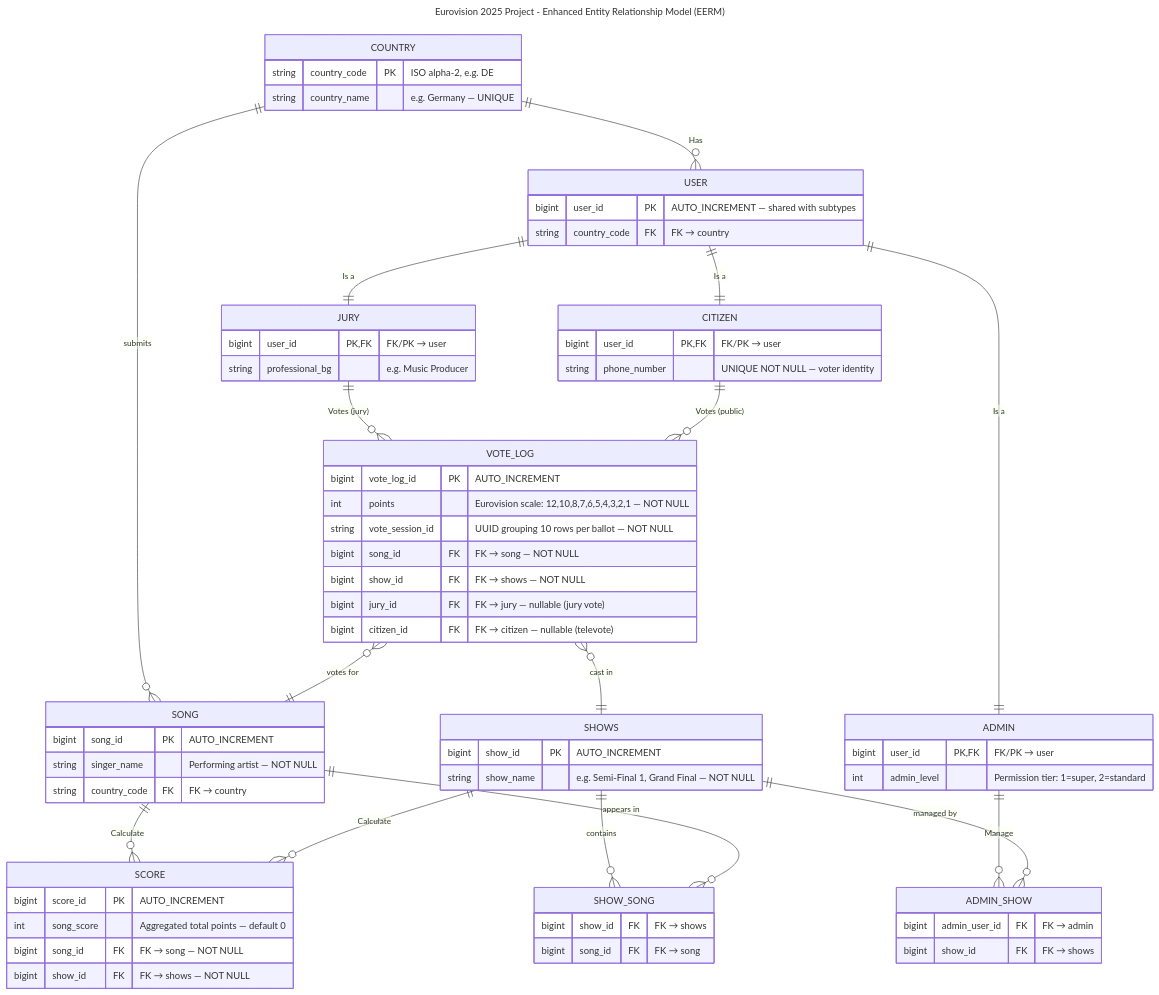
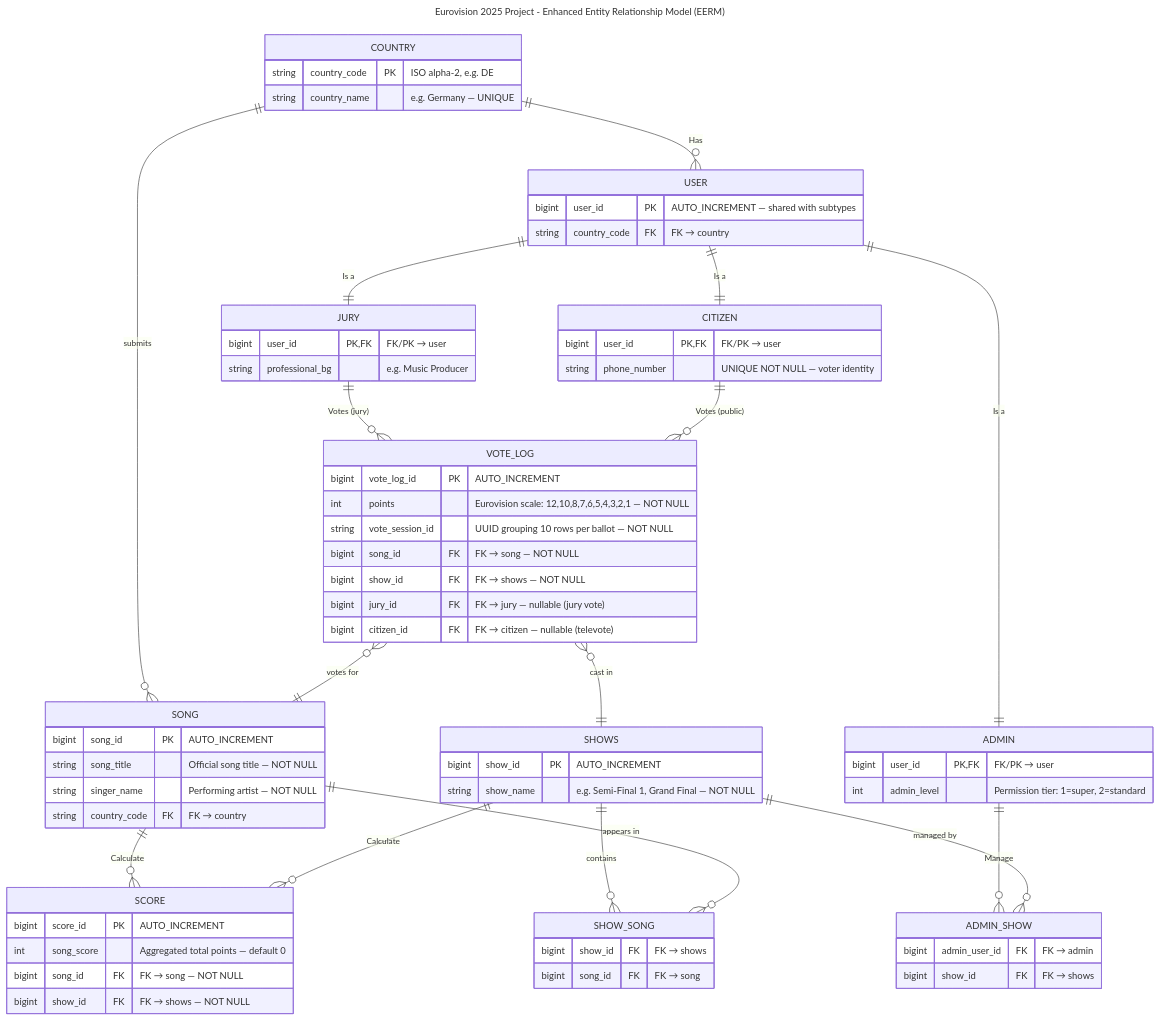
The diagram in docs/EERM.mermaid (bermar24/Databases_Eurovision_project), drawn with Mermaid before and after one commit. The commit also changed 17 other files, not shown here.

```diff
--- a/docs/EERM.mermaid
+++ b/docs/EERM.mermaid
@@ -1,124 +1,125 @@
 ---
 title: Eurovision 2025 Project - Enhanced Entity Relationship Model (EERM)
 ---
 erDiagram
 
 %% ─────────────────────────────────────────────
 %% ENTITIES
 %% ─────────────────────────────────────────────
 
     COUNTRY {
         string country_code PK "ISO alpha-2, e.g. DE"
         string country_name    "e.g. Germany — UNIQUE"
     }
 
     USER {
         bigint user_id   PK  "AUTO_INCREMENT — shared with subtypes"
         string country_code FK "FK → country"
     }
 
     JURY {
         bigint user_id       PK, FK "FK/PK → user"
         string professional_bg     "e.g. Music Producer"
     }
 
     CITIZEN {
         bigint user_id      PK, FK "FK/PK → user"
         string phone_number       "UNIQUE NOT NULL — voter identity"
     }
 
     ADMIN {
         bigint user_id    PK, FK "FK/PK → user"
         int    admin_level       "Permission tier: 1=super, 2=standard"
     }
 
     SONG {
         bigint song_id      PK  "AUTO_INCREMENT"
+        string song_title       "Official song title — NOT NULL"
         string singer_name      "Performing artist — NOT NULL"
         string country_code  FK "FK → country"
     }
 
     VOTE_LOG {
         bigint vote_log_id    PK  "AUTO_INCREMENT"
         int    points             "Eurovision scale: 12,10,8,7,6,5,4,3,2,1 — NOT NULL"
         string vote_session_id    "UUID grouping 10 rows per ballot — NOT NULL"
         bigint song_id         FK "FK → song — NOT NULL"
         bigint show_id         FK "FK → shows — NOT NULL"
         bigint jury_id         FK "FK → jury — nullable (jury vote)"
         bigint citizen_id      FK "FK → citizen — nullable (televote)"
     }
 
     SCORE {
         bigint score_id   PK  "AUTO_INCREMENT"
         int    song_score      "Aggregated total points — default 0"
         bigint song_id     FK "FK → song — NOT NULL"
         bigint show_id     FK "FK → shows — NOT NULL"
     }
 
     SHOWS {
         bigint show_id   PK "AUTO_INCREMENT"
         string show_name    "e.g. Semi-Final 1, Grand Final — NOT NULL"
     }
 
 %% ─────────────────────────────────────────────
 %% JOIN TABLES (M:N resolutions)
 %% ─────────────────────────────────────────────
 
     SHOW_SONG {
         bigint show_id  FK "FK → shows"
         bigint song_id  FK "FK → song"
     }
 
     ADMIN_SHOW {
         bigint admin_user_id FK "FK → admin"
         bigint show_id       FK "FK → shows"
     }
 
 %% ─────────────────────────────────────────────
 %% RELATIONSHIPS
 %% ─────────────────────────────────────────────
 
 %% ── Has: Country → User (1:M) ────────────────
 %% "One country has many users"
     COUNTRY ||--o{ USER : "Has"
 
 %% ── Is a: User → Jury (Joined Table Inheritance)
 %% "A Jury IS A User"
     USER ||--|| JURY    : "Is a"
     USER ||--|| CITIZEN : "Is a"
     USER ||--|| ADMIN   : "Is a"
 
 %% ── Country → Song (1:M) ─────────────────────
 %% "One country submits many songs"
     COUNTRY ||--o{ SONG : "submits"
 
 %% ── Votes: Jury → VoteLog (1:M) ─────────────
 %% "One jury member casts many votes"
     JURY    ||--o{ VOTE_LOG : "Votes (jury)"
 
 %% ── Votes: Citizen → VoteLog (1:M) ──────────
 %% "One citizen casts many votes"
     CITIZEN ||--o{ VOTE_LOG : "Votes (public)"
 
 %% ── VoteLog → Song (M:1) ─────────────────────
 %% "Many votes target one song"
     VOTE_LOG }o--|| SONG : "votes for"
 
 %% ── VoteLog → Show (M:1) ─────────────────────
 %% "Many votes belong to one show"
     VOTE_LOG }o--|| SHOWS : "cast in"
 
 %% ── Calculate: Song/Show → Score (M:1 each, UNIQUE together) ─
 %% "One score per song per show — independent per show"
     SONG    ||--o{ SCORE : "Calculate"
     SHOWS   ||--o{ SCORE : "Calculate"
 
 %% ── Song ↔ Show (M:N via SHOW_SONG) ──────────
 %% "Songs appear in shows"
     SHOWS    ||--o{ SHOW_SONG  : "contains"
     SONG     ||--o{ SHOW_SONG  : "appears in"
 
 %% ── Manage: Admin ↔ Show (M:N via ADMIN_SHOW)
 %% "Admins manage shows"
     ADMIN    ||--o{ ADMIN_SHOW : "Manage"
     SHOWS    ||--o{ ADMIN_SHOW : "managed by"
```
